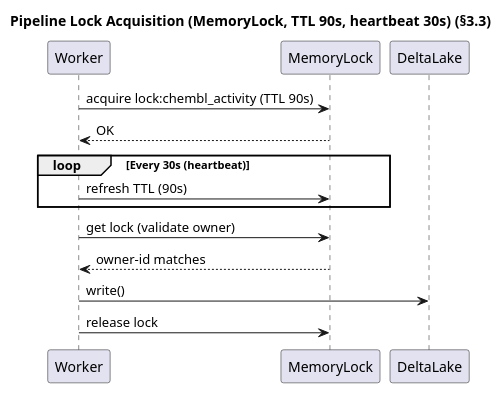
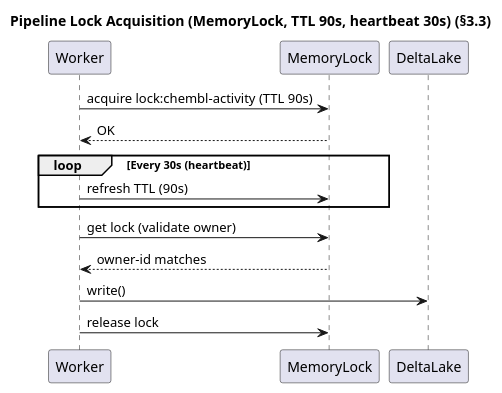
Before and after one commit to SatoryKono/BioactivityDataAcquisition: the fourth of 4 diagrams in docs/02-architecture/diagrams/00-diagramming-policy.md, drawn with PlantUML. The commit also changed other lines of this file and 347 other files, not shown here.

````diff
--- a/docs/02-architecture/diagrams/00-diagramming-policy.md
+++ b/docs/02-architecture/diagrams/00-diagramming-policy.md
@@ -242,23 +242,23 @@
 ```plantuml
 @startuml
 title Pipeline Lock Acquisition (MemoryLock, TTL 90s, heartbeat 30s) (§3.3)
 
 participant Worker
 participant MemoryLock
 participant DeltaLake
 
-Worker -> MemoryLock: acquire lock:chembl_activity (TTL 90s)
+Worker -> MemoryLock: acquire lock:chembl-activity (TTL 90s)
 MemoryLock --> Worker: OK
 
 loop Every 30s (heartbeat)
     Worker -> MemoryLock: refresh TTL (90s)
 end
 
 Worker -> MemoryLock: get lock (validate owner)
 MemoryLock --> Worker: owner-id matches
 
 Worker -> DeltaLake: write()
 
 Worker -> MemoryLock: release lock
 @enduml
 ```
````
